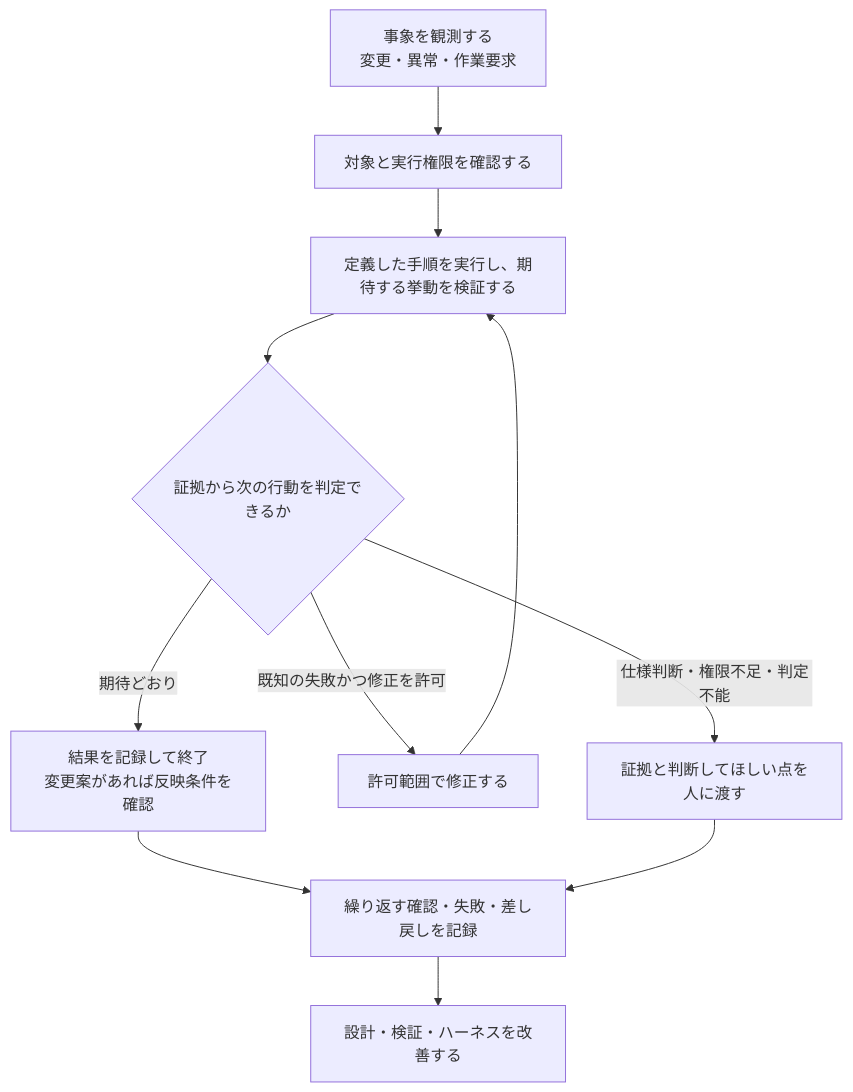
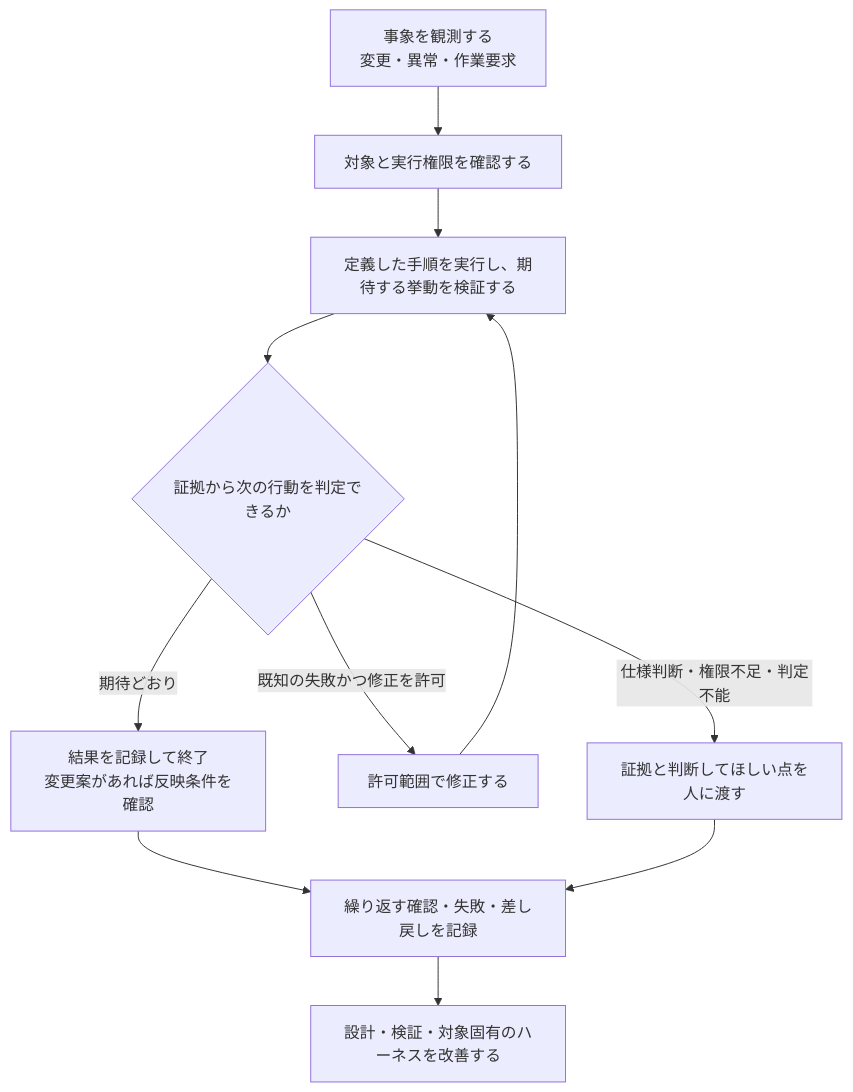
Before and after one commit to s-hiraoku/hiraoku-software-garden: the second of 2 diagrams in docs/implementation/design.md, drawn with Mermaid. The commit also changed other lines of this file, not shown here.

````diff
--- a/docs/implementation/design.md
+++ b/docs/implementation/design.md
@@ -100,13 +100,13 @@
 ```mermaid
 flowchart TD
     A["事象を観測する<br/>変更・異常・作業要求"] --> B["対象と実行権限を確認する"]
     B --> C["定義した手順を実行し、期待する挙動を検証する"]
     C --> D{"証拠から次の行動を判定できるか"}
     D -->|期待どおり| E["結果を記録して終了<br/>変更案があれば反映条件を確認"]
     D -->|既知の失敗かつ修正を許可| F["許可範囲で修正する"]
     F --> C
     D -->|仕様判断・権限不足・判定不能| G["証拠と判断してほしい点を人に渡す"]
     E --> H["繰り返す確認・失敗・差し戻しを記録"]
     G --> H
-    H --> I["設計・検証・ハーネスを改善する"]
+    H --> I["設計・検証・対象固有のハーネスを改善する"]
 ```
````
